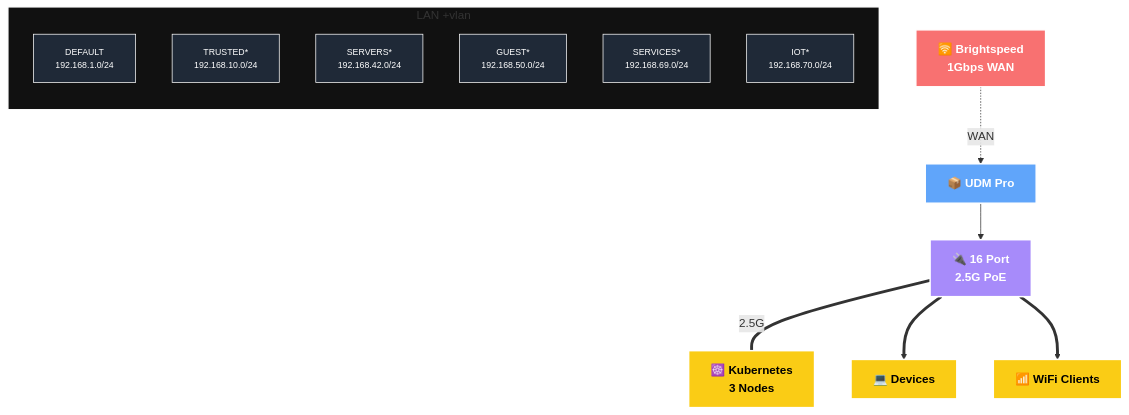
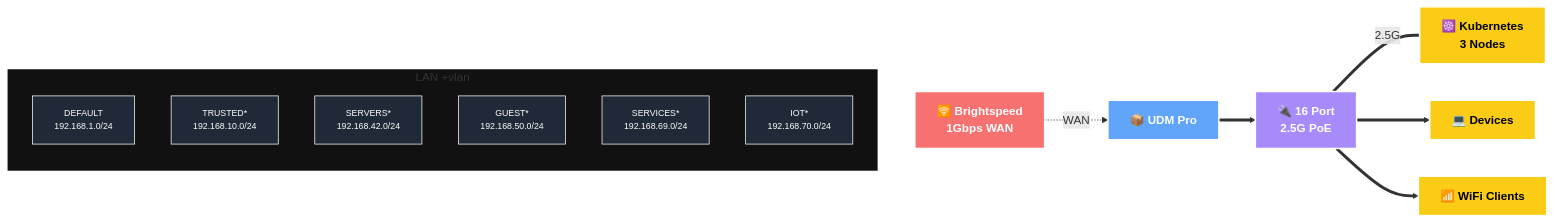
One commit to caycehouse/home-ops changed the second of 2 diagrams in README.md. Above: the diagram before and after it, drawn with Mermaid.

````diff
--- a/README.md
+++ b/README.md
@@ -100,43 +100,46 @@
 ```mermaid
-graph TD
+graph LR
     %% Class Definitions
     classDef isp fill:#f87171,stroke:#fff,stroke-width:2px,color:#fff,font-weight:bold;
     classDef core fill:#60a5fa,stroke:#fff,stroke-width:2px,color:#fff,font-weight:bold;
     classDef switch fill:#a78bfa,stroke:#fff,stroke-width:2px,color:#fff,font-weight:bold;
     classDef device fill:#facc15,stroke:#fff,stroke-width:2px,color:#000,font-weight:bold;
     classDef vlan fill:#1f2937,stroke:#fff,stroke-width:1px,color:#fff,font-size:12px;
 
     %% Nodes
     ISP[🛜 Brightspeed<br/>1Gbps WAN]:::isp
     UDM[📦 UDM Pro]:::core
     K8s[☸️ Kubernetes<br/>3 Nodes]:::device
     USW[🔌 16 Port<br/>2.5G PoE]:::switch
     DEV[💻 Devices]:::device
     WIFI[📶 WiFi Clients]:::device
 
     %% Subgraph for VLANs
     subgraph VLANs [LAN +vlan]
         direction TB
         DEFAULT[DEFAULT<br/>192.168.1.0/24]:::vlan
         TRUSTED[TRUSTED*<br/>192.168.10.0/24]:::vlan
         SERVERS[SERVERS*<br/>192.168.42.0/24]:::vlan
         GUEST[GUEST*<br/>192.168.50.0/24]:::vlan
         SERVICES[SERVICES*<br/>192.168.69.0/24]:::vlan
         IOT[IOT*<br/>192.168.70.0/24]:::vlan
     end
 
     style VLANs fill:#111,stroke:#fff,stroke-width:2px,rx:0,ry:0,padding:20px;
 
     %% Links
+    SERVERS -.-> ISP
     ISP -.->|WAN| UDM
     UDM --> USW
     USW -- 2.5G --- K8s
     USW --> DEV
     USW --> WIFI
 
-    %% Style the bonded links thicker
+    %% Keep SERVERS->ISP as a hidden layout constraint and style bonded links thicker
+    linkStyle 0 stroke:transparent,stroke-width:0px,color:transparent;
     linkStyle 2 stroke-width:4px,stroke:34d399;
     linkStyle 3 stroke-width:4px,stroke:34d399;
     linkStyle 4 stroke-width:4px,stroke:34d399;
+    linkStyle 5 stroke-width:4px,stroke:34d399;
 
 ```
````
